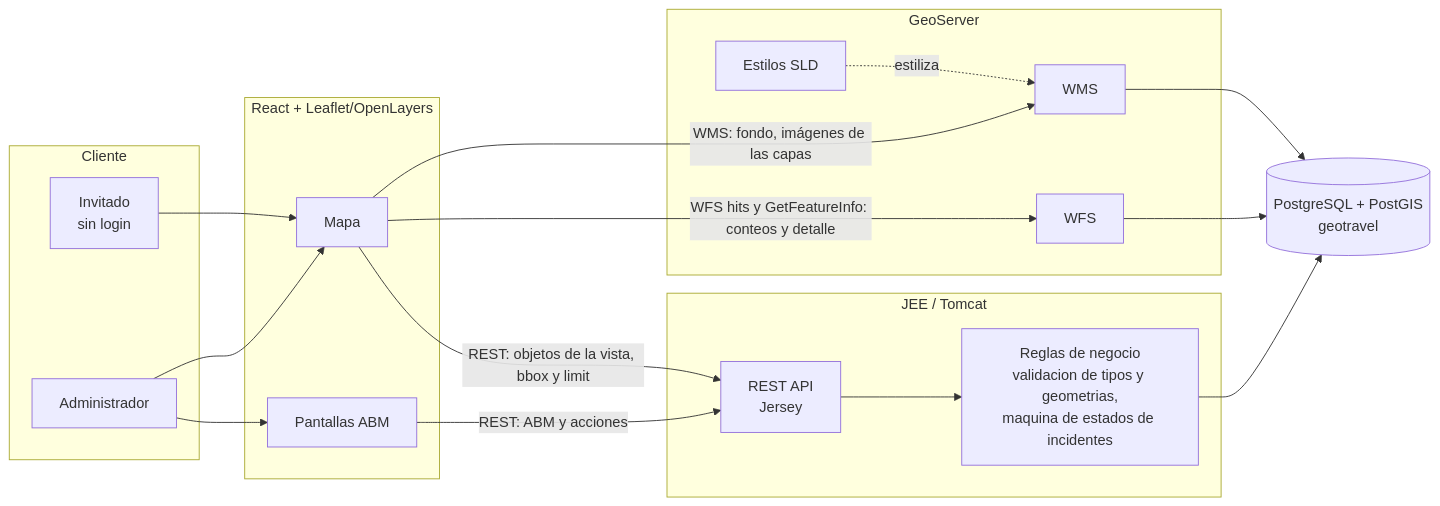
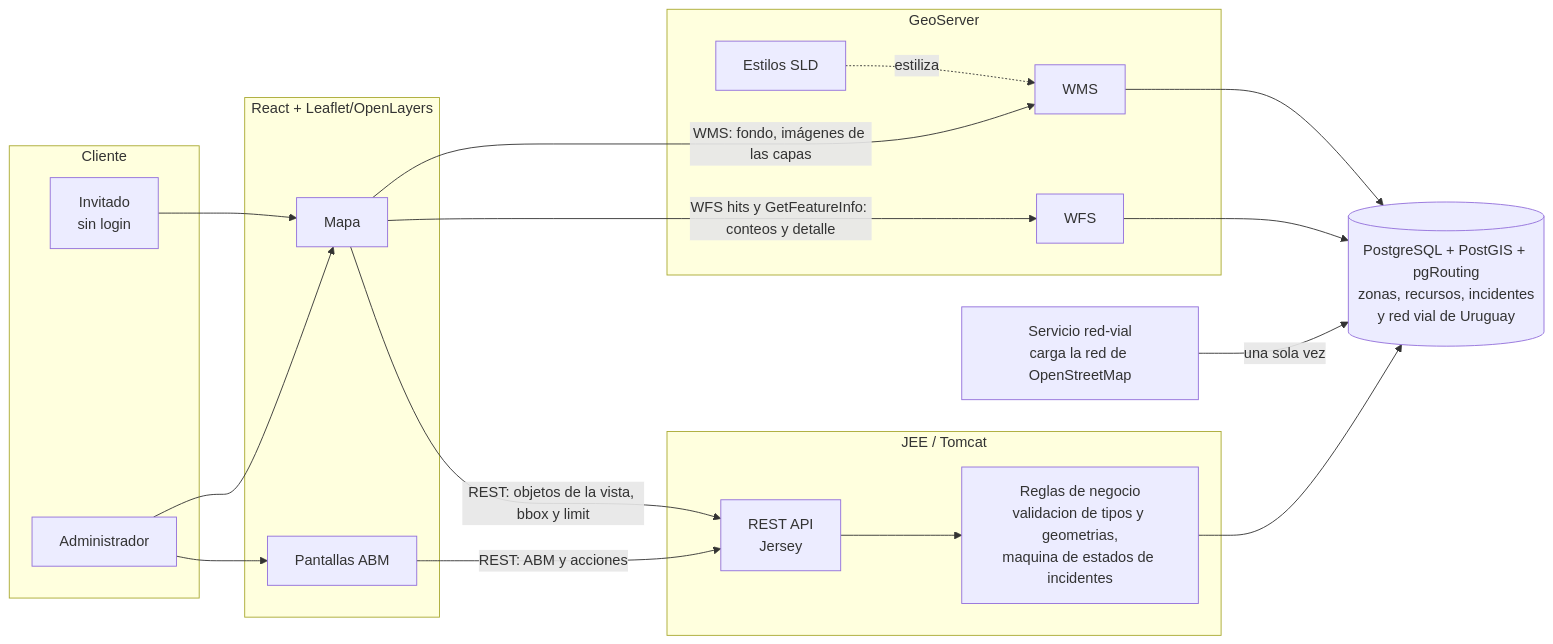
Before and after one commit to Facu185/geotravel: the first of 3 diagrams in docs/diagramas/arquitectura.md, drawn with Mermaid. The commit also changed 11 other files, not shown here.

````diff
--- a/docs/diagramas/arquitectura.md
+++ b/docs/diagramas/arquitectura.md
@@ -3,39 +3,41 @@
 ```mermaid
 flowchart LR
     subgraph Cliente
         Invitado[Invitado<br/>sin login]
         Admin[Administrador]
     end
 
     subgraph Frontend[React + Leaflet/OpenLayers]
         Mapa[Mapa]
         ABM[Pantallas ABM]
     end
 
     subgraph Backend[JEE / Tomcat]
         API[REST API<br/>Jersey]
         Reglas[Reglas de negocio<br/>validacion de tipos y geometrias,<br/>maquina de estados de incidentes]
     end
 
     subgraph GeoServer
         WMS[WMS]
         WFS[WFS]
         SLD[Estilos SLD]
     end
 
-    DB[(PostgreSQL + PostGIS<br/>geotravel)]
+    DB[(PostgreSQL + PostGIS + pgRouting<br/>zonas, recursos, incidentes<br/>y red vial de Uruguay)]
+    RedVial[Servicio red-vial<br/>carga la red de OpenStreetMap]
 
     Invitado --> Mapa
     Admin --> Mapa
     Admin --> ABM
 
     Mapa -->|WMS: fondo, imágenes de las capas| WMS
     Mapa -->|WFS hits y GetFeatureInfo: conteos y detalle| WFS
     Mapa -->|REST: objetos de la vista, bbox y limit| API
     ABM -->|REST: ABM y acciones| API
 
     API --> Reglas --> DB
+    RedVial -->|una sola vez| DB
     WMS --> DB
     WFS --> DB
     SLD -.estiliza.-> WMS
 ```
````
